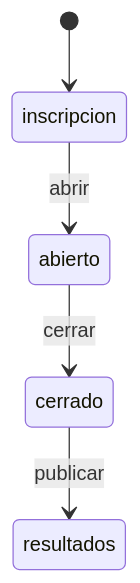
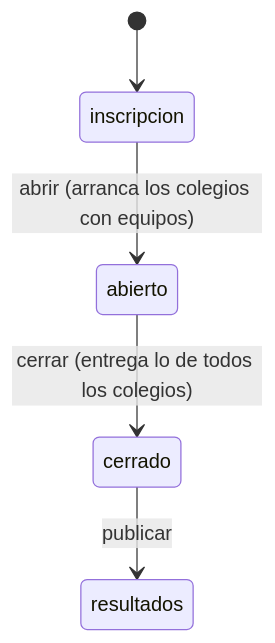
Before and after one commit to statistical-engineering/iest-sem-reto-desinformacion-colegios: the first of 3 diagrams in aidlc/spaces/default/intents/261024-publicar-reto-nube/construction/u4-cloudflare-reglas/functional-design/functional-spec.md, drawn with Mermaid. The commit also changed other lines of this file and 114 other files, not shown here.

````diff
--- a/aidlc/spaces/default/intents/261024-publicar-reto-nube/construction/u4-cloudflare-reglas/functional-design/functional-spec.md
+++ b/aidlc/spaces/default/intents/261024-publicar-reto-nube/construction/u4-cloudflare-reglas/functional-design/functional-spec.md
@@ -116,7 +190,7 @@
 ```mermaid
 stateDiagram-v2
   [*] --> inscripcion
-  inscripcion --> abierto: abrir
-  abierto --> cerrado: cerrar
+  inscripcion --> abierto: abrir (arranca los colegios con equipos)
+  abierto --> cerrado: cerrar (entrega lo de todos los colegios)
   cerrado --> resultados: publicar
 ```
````
